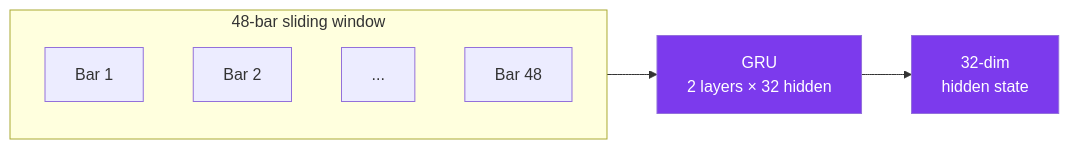
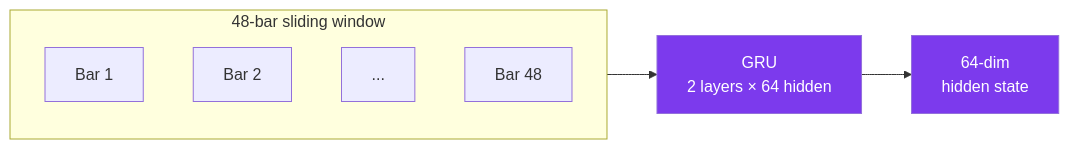
The fourth of 10 diagrams in docs/ARCHITECTURE.md (ultimateBroK/thesis-lgbm), drawn with Mermaid before and after one commit. The commit also changed other lines of this file and 16 other files, not shown here.

First line of the commit message:
feat: enhance configuration and pipeline for improved validation and model architecture

````diff
--- a/docs/ARCHITECTURE.md
+++ b/docs/ARCHITECTURE.md
@@ -151,15 +150,15 @@
 ```mermaid
 flowchart LR
     subgraph Input["48-bar sliding window"]
         B1["Bar 1"]
         B2["Bar 2"]
         BD["..."]
         B48["Bar 48"]
     end
 
-    Input --> GRU["GRU<br/>2 layers × 32 hidden"]
-    GRU --> HS["32-dim<br/>hidden state"]
+    Input --> GRU["GRU<br/>2 layers × 64 hidden"]
+    GRU --> HS["64-dim<br/>hidden state"]
 
     style GRU fill:#7C3AED,color:#fff
     style HS fill:#7C3AED,color:#fff
 ```
````
